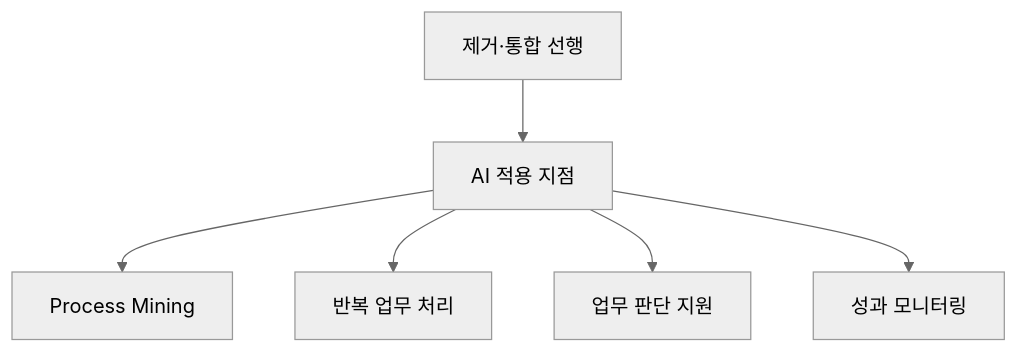
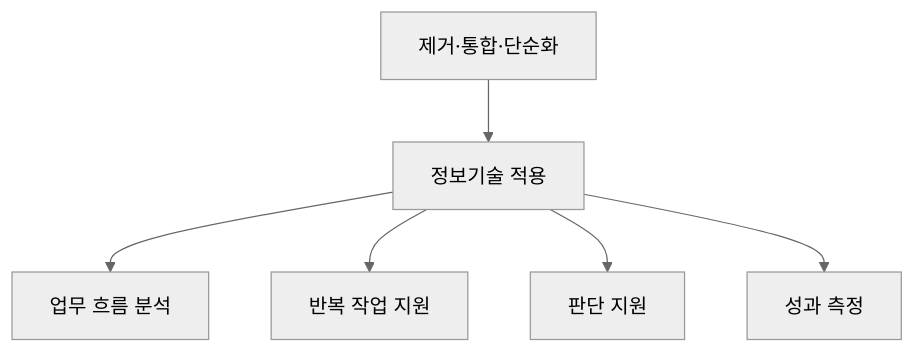
Before and after one commit to agnusdei1207/study: the second of 3 diagrams in src/content/docs/notes/itpe/01-it-strategy/010_bpr.md, drawn with Mermaid (neutral theme). The commit also changed other lines of this file and 16 other files, not shown here.

````diff
--- a/src/content/docs/notes/itpe/01-it-strategy/010_bpr.md
+++ b/src/content/docs/notes/itpe/01-it-strategy/010_bpr.md
@@ -73,8 +73,8 @@
 ```mermaid
 flowchart TD
-    E["제거·통합 선행"] --> A["AI 적용 지점"]
-    A --> M["Process Mining"]
-    A --> R["반복 업무 처리"]
-    A --> J["업무 판단 지원"]
-    A --> O["성과 모니터링"]
+    E["제거·통합·단순화"] --> A["정보기술 적용"]
+    A --> M["업무 흐름 분석"]
+    A --> R["반복 작업 지원"]
+    A --> J["판단 지원"]
+    A --> O["성과 측정"]
 ```
````
